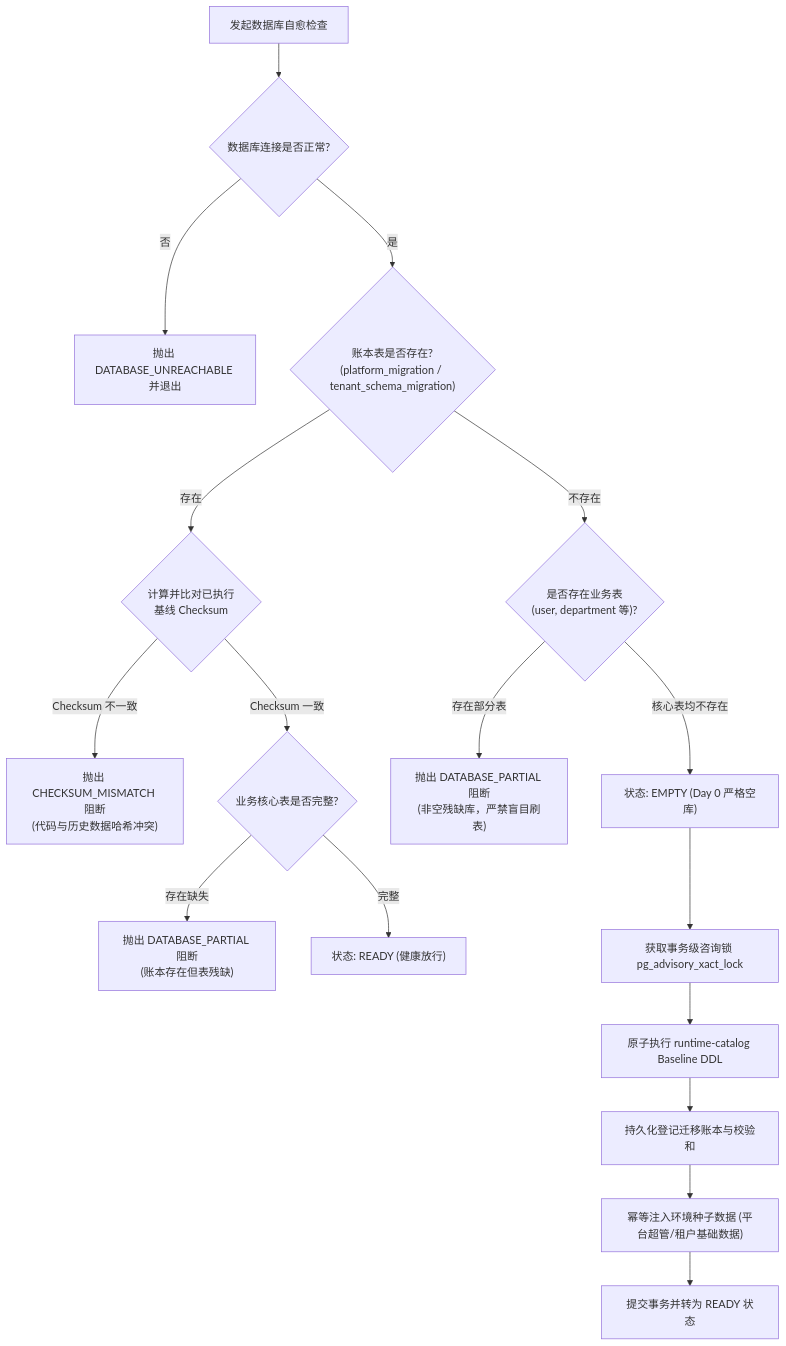
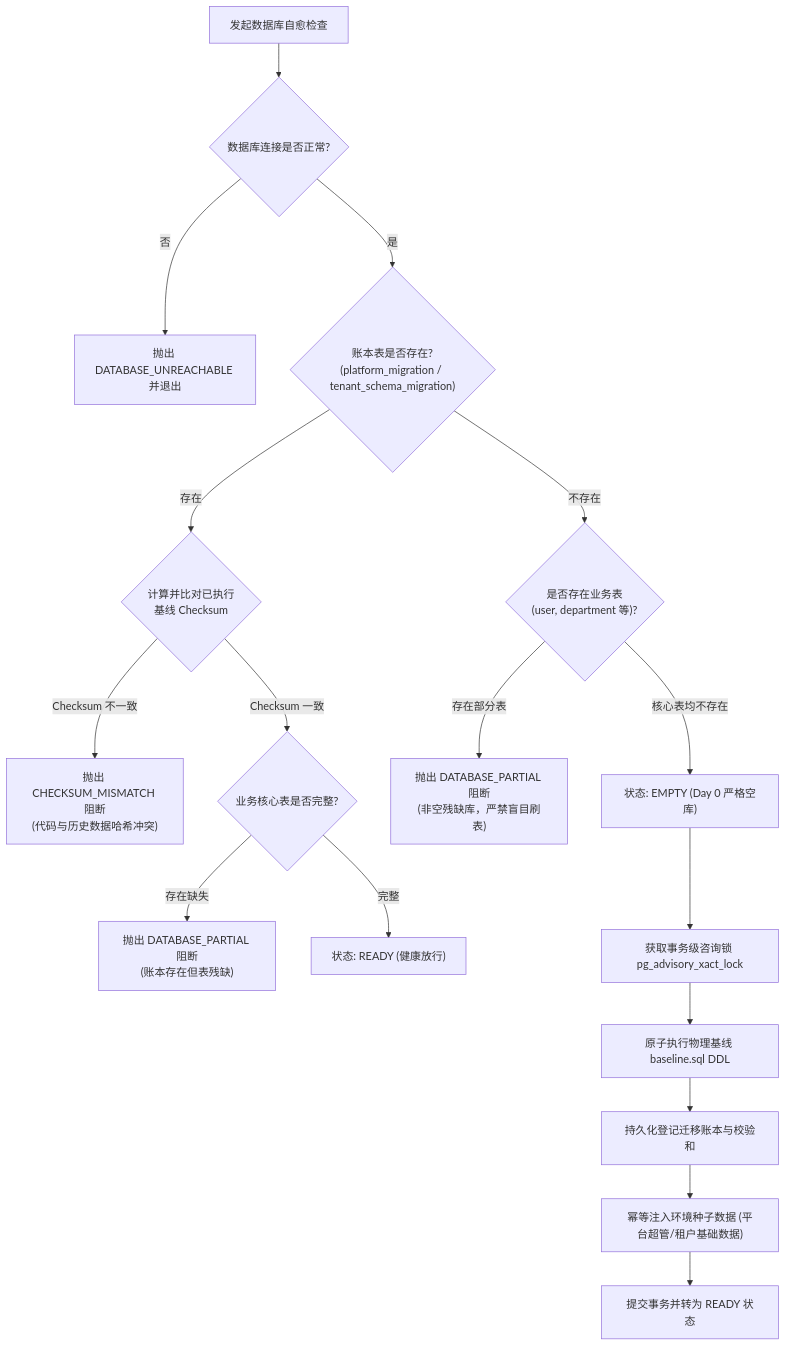
The diagram in docs/architecture/database-migration-engine.md (leohu25/ActivityReservation), drawn with Mermaid before and after one commit. The commit also changed other lines of this file and 10 other files, not shown here.

````diff
--- a/docs/architecture/database-migration-engine.md
+++ b/docs/architecture/database-migration-engine.md
@@ -107,22 +103,22 @@
 ```mermaid
 graph TD
     Start["发起数据库自愈检查"] --> CheckConn{"数据库连接是否正常?"}
     CheckConn -- 否 --> ErrUnreach["抛出 DATABASE_UNREACHABLE 并退出"]
     CheckConn -- 是 --> CheckLedger{"账本表是否存在?<br>(platform_migration / tenant_schema_migration)"}
 
     CheckLedger -- 存在 --> VerifySum{"计算并比对已执行<br>基线 Checksum"}
     VerifySum -- Checksum 不一致 --> ErrMismatch["抛出 CHECKSUM_MISMATCH 阻断<br>(代码与历史数据哈希冲突)"]
     VerifySum -- Checksum 一致 --> CheckReady{"业务核心表是否完整?"}
     CheckReady -- 存在缺失 --> ErrPartial["抛出 DATABASE_PARTIAL 阻断<br>(账本存在但表残缺)"]
     CheckReady -- 完整 --> StateReady["状态: READY (健康放行)"]
 
     CheckLedger -- 不存在 --> CheckCore{"是否存在业务表<br>(user, department 等)?"}
     CheckCore -- 存在部分表 --> ErrPartialUnsafe["抛出 DATABASE_PARTIAL 阻断<br>(非空残缺库，严禁盲目刷表)"]
     CheckCore -- 核心表均不存在 --> StateEmpty["状态: EMPTY (Day 0 严格空库)"]
 
     StateEmpty --> GetLock["获取事务级咨询锁 pg_advisory_xact_lock"]
-    GetLock --> RunBaseline["原子执行 runtime-catalog Baseline DDL"]
+    GetLock --> RunBaseline["原子执行物理基线 baseline.sql DDL"]
     RunBaseline --> RecordLedger["持久化登记迁移账本与校验和"]
     RecordLedger --> SeedData["幂等注入环境种子数据 (平台超管/租户基础数据)"]
     SeedData --> CommitTrans["提交事务并转为 READY 状态"]
 ```
````
